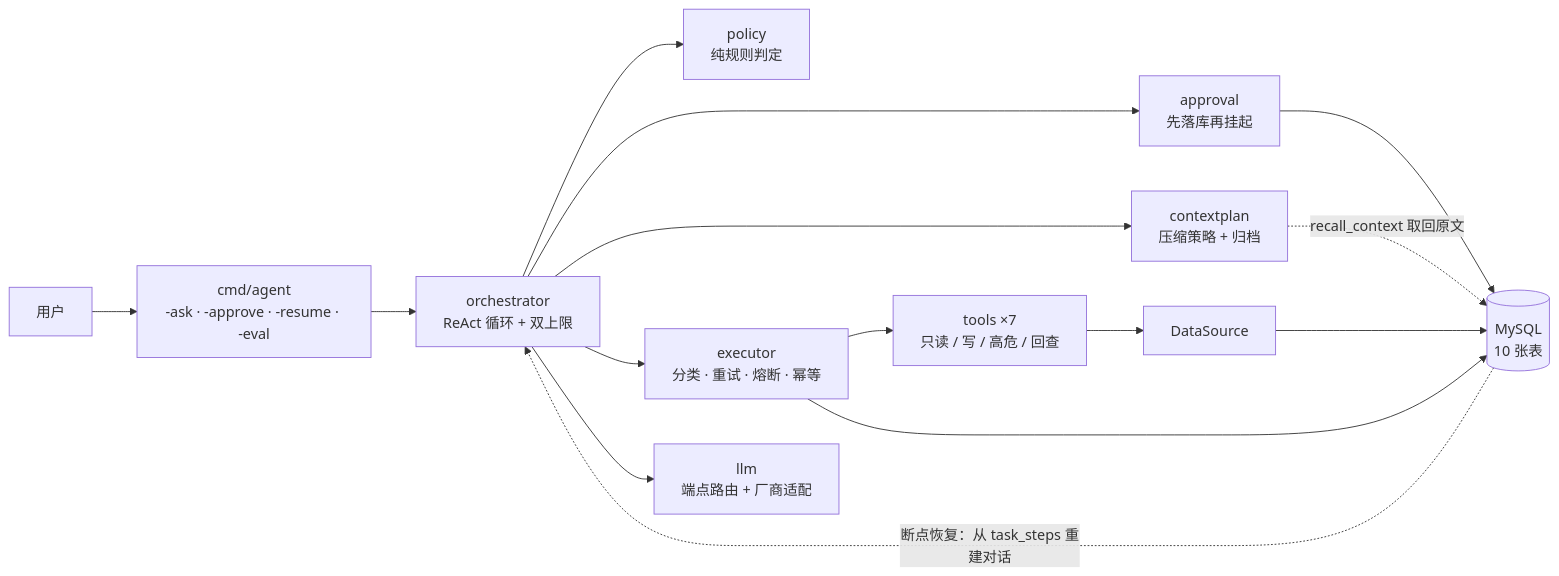
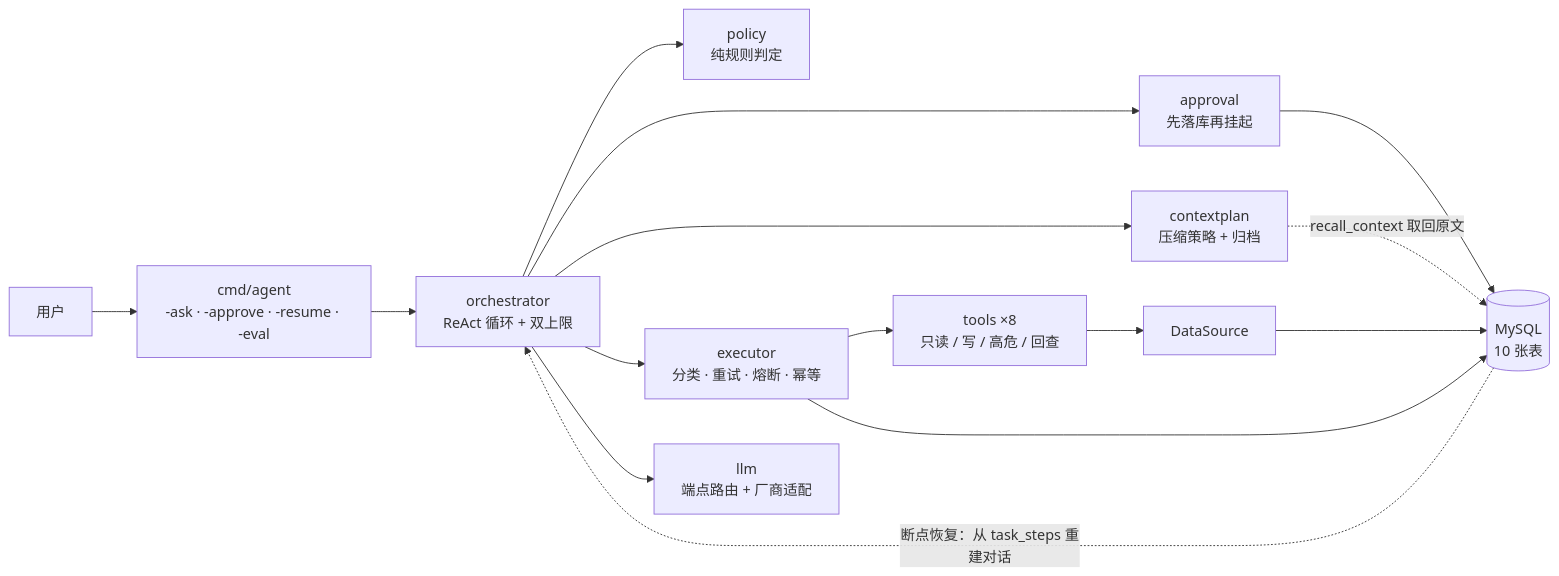
Before and after one commit to li353717167-spec/safeguard-agent: the diagram in README.md, drawn with Mermaid. The commit also changed other lines of this file and 7 other files, not shown here.

````diff
--- a/README.md
+++ b/README.md
@@ -31,17 +31,17 @@
 ```mermaid
 flowchart LR
     U["用户"] --> CLI["cmd/agent<br/>-ask · -approve · -resume · -eval"]
     CLI --> O["orchestrator<br/>ReAct 循环 + 双上限"]
     O --> P["policy<br/>纯规则判定"]
     O --> G["approval<br/>先落库再挂起"]
     O --> C["contextplan<br/>压缩策略 + 归档"]
     O --> E["executor<br/>分类 · 重试 · 熔断 · 幂等"]
-    E --> T["tools ×7<br/>只读 / 写 / 高危 / 回查"]
+    E --> T["tools ×8<br/>只读 / 写 / 高危 / 回查"]
     T --> DS["DataSource"]
     DS --> DB[("MySQL<br/>10 张表")]
     O --> LLM["llm<br/>端点路由 + 厂商适配"]
     C -.->|"recall_context 取回原文"| DB
     G --> DB
     E --> DB
     DB -.->|"断点恢复：从 task_steps 重建对话"| O
 ```
````
